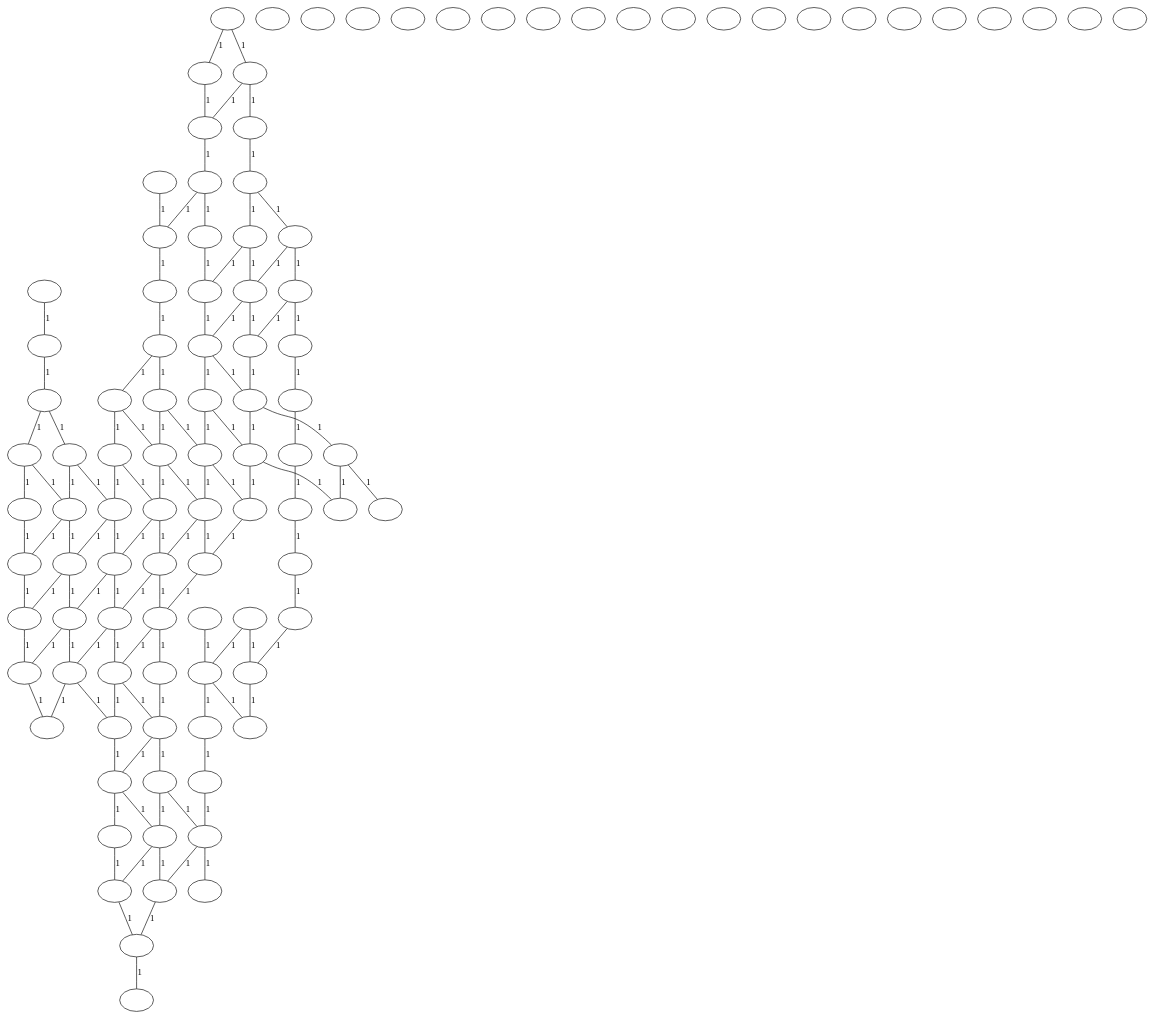
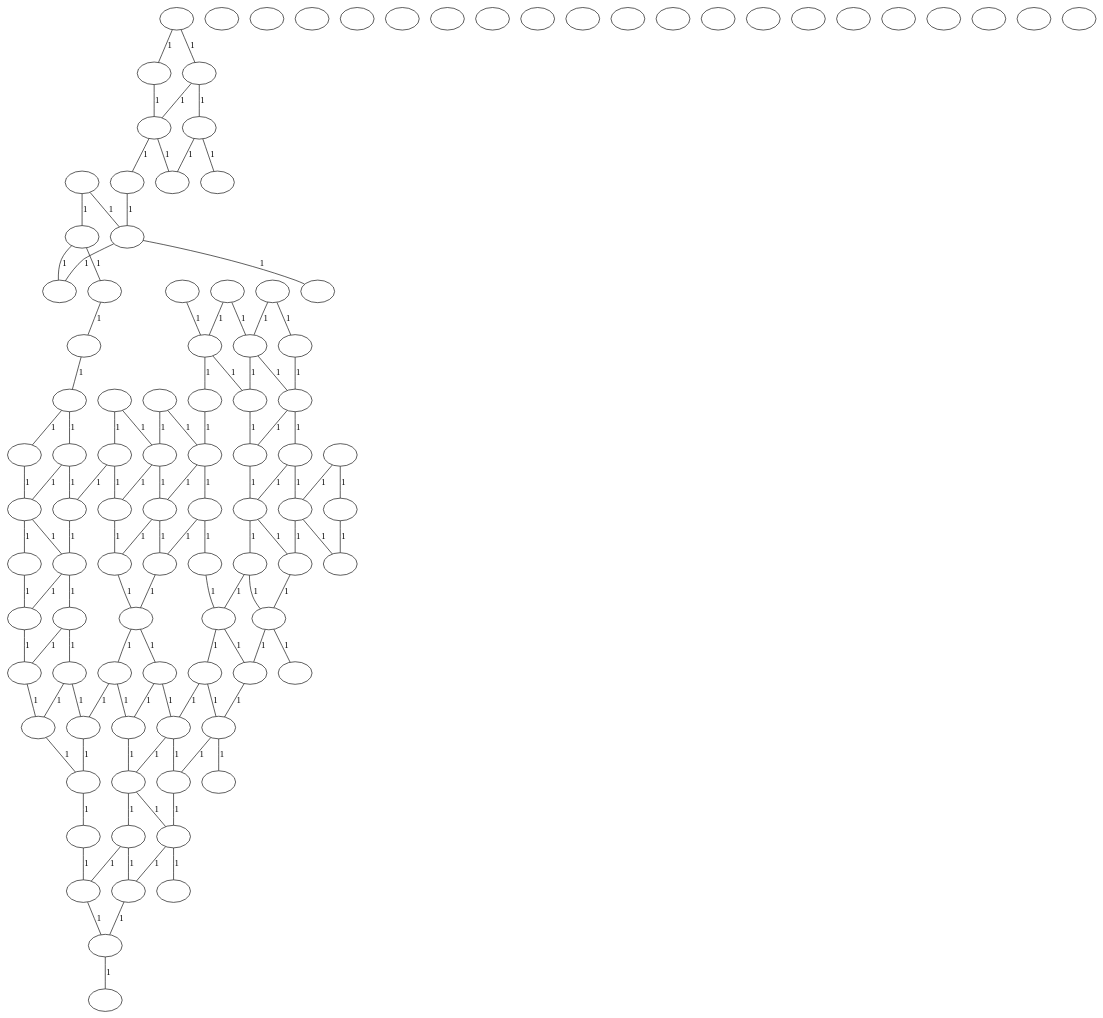
The diagram in input/cbs/searchGraph.dot (bachorp/mat), drawn with Graphviz before and after one commit. The commit also changed 201 other files, not shown here.

```diff
--- a/input/cbs/searchGraph.dot
+++ b/input/cbs/searchGraph.dot
@@ -103,56 +103,57 @@
 0--10 [label="1"];
 10--11 [label="1"];
 10--20 [label="1"];
+20--21 [label="1"];
 20--30 [label="1"];
-30--31 [label="1"];
-30--40 [label="1"];
-40--41 [label="1"];
-40--50 [label="1"];
 50--51 [label="1"];
 50--60 [label="1"];
-60--70 [label="1"];
-70--80 [label="1"];
+60--61 [label="1"];
+80--81 [label="1"];
 80--90 [label="1"];
 90--91 [label="1"];
 1--11 [label="1"];
 11--12 [label="1"];
-31--32 [label="1"];
-31--41 [label="1"];
+11--21 [label="1"];
 41--42 [label="1"];
 41--51 [label="1"];
 51--52 [label="1"];
-91--92 [label="1"];
+51--61 [label="1"];
+61--62 [label="1"];
+61--71 [label="1"];
+71--72 [label="1"];
+71--81 [label="1"];
+81--82 [label="1"];
+81--91 [label="1"];
 12--13 [label="1"];
-12--22 [label="1"];
-22--32 [label="1"];
 32--42 [label="1"];
 42--43 [label="1"];
 42--52 [label="1"];
-52--53 [label="1"];
 52--62 [label="1"];
-62--63 [label="1"];
 62--72 [label="1"];
-92--93 [label="1"];
+72--73 [label="1"];
+72--82 [label="1"];
+82--83 [label="1"];
+3--4 [label="1"];
 3--13 [label="1"];
 13--14 [label="1"];
+13--23 [label="1"];
 43--44 [label="1"];
-43--53 [label="1"];
-53--54 [label="1"];
-53--63 [label="1"];
+73--74 [label="1"];
+73--83 [label="1"];
 83--84 [label="1"];
 83--93 [label="1"];
-93--94 [label="1"];
-14--24 [label="1"];
-24--25 [label="1"];
-24--34 [label="1"];
+4--5 [label="1"];
+4--14 [label="1"];
 34--35 [label="1"];
 34--44 [label="1"];
 44--45 [label="1"];
 44--54 [label="1"];
 54--55 [label="1"];
+54--64 [label="1"];
+64--74 [label="1"];
+74--75 [label="1"];
 74--84 [label="1"];
 84--85 [label="1"];
-84--94 [label="1"];
 5--6 [label="1"];
 25--26 [label="1"];
 25--35 [label="1"];
@@ -161,37 +162,34 @@
 45--46 [label="1"];
 45--55 [label="1"];
 55--56 [label="1"];
+75--76 [label="1"];
+75--85 [label="1"];
 85--86 [label="1"];
+85--95 [label="1"];
 6--7 [label="1"];
 26--27 [label="1"];
 26--36 [label="1"];
-36--37 [label="1"];
 36--46 [label="1"];
-46--47 [label="1"];
 46--56 [label="1"];
 56--57 [label="1"];
 56--66 [label="1"];
 66--67 [label="1"];
+66--76 [label="1"];
+76--77 [label="1"];
+76--86 [label="1"];
 86--87 [label="1"];
 7--8 [label="1"];
 7--17 [label="1"];
 17--18 [label="1"];
 17--27 [label="1"];
 27--28 [label="1"];
-27--37 [label="1"];
-37--38 [label="1"];
-37--47 [label="1"];
-47--48 [label="1"];
-47--57 [label="1"];
 57--58 [label="1"];
 57--67 [label="1"];
-67--68 [label="1"];
 67--77 [label="1"];
 77--78 [label="1"];
 77--87 [label="1"];
 87--88 [label="1"];
 87--97 [label="1"];
-8--9 [label="1"];
 8--18 [label="1"];
 18--19 [label="1"];
 18--28 [label="1"];
@@ -201,16 +199,15 @@
 38--48 [label="1"];
 48--49 [label="1"];
 48--58 [label="1"];
-58--68 [label="1"];
-68--69 [label="1"];
-68--78 [label="1"];
+58--59 [label="1"];
 78--79 [label="1"];
 78--88 [label="1"];
 88--89 [label="1"];
-9--19 [label="1"];
 19--29 [label="1"];
 29--39 [label="1"];
 39--49 [label="1"];
+49--59 [label="1"];
+59--69 [label="1"];
 69--79 [label="1"];
 79--89 [label="1"];
 89--99 [label="1"];
```
